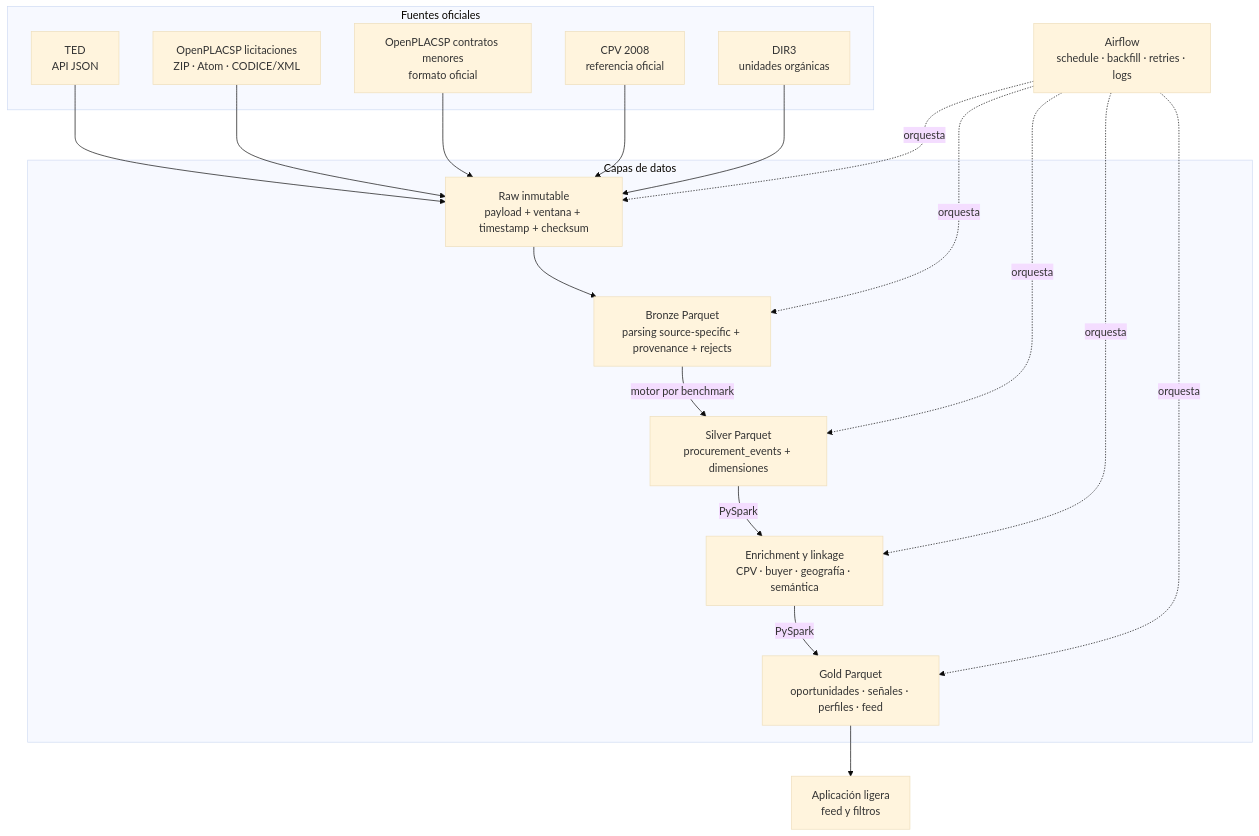
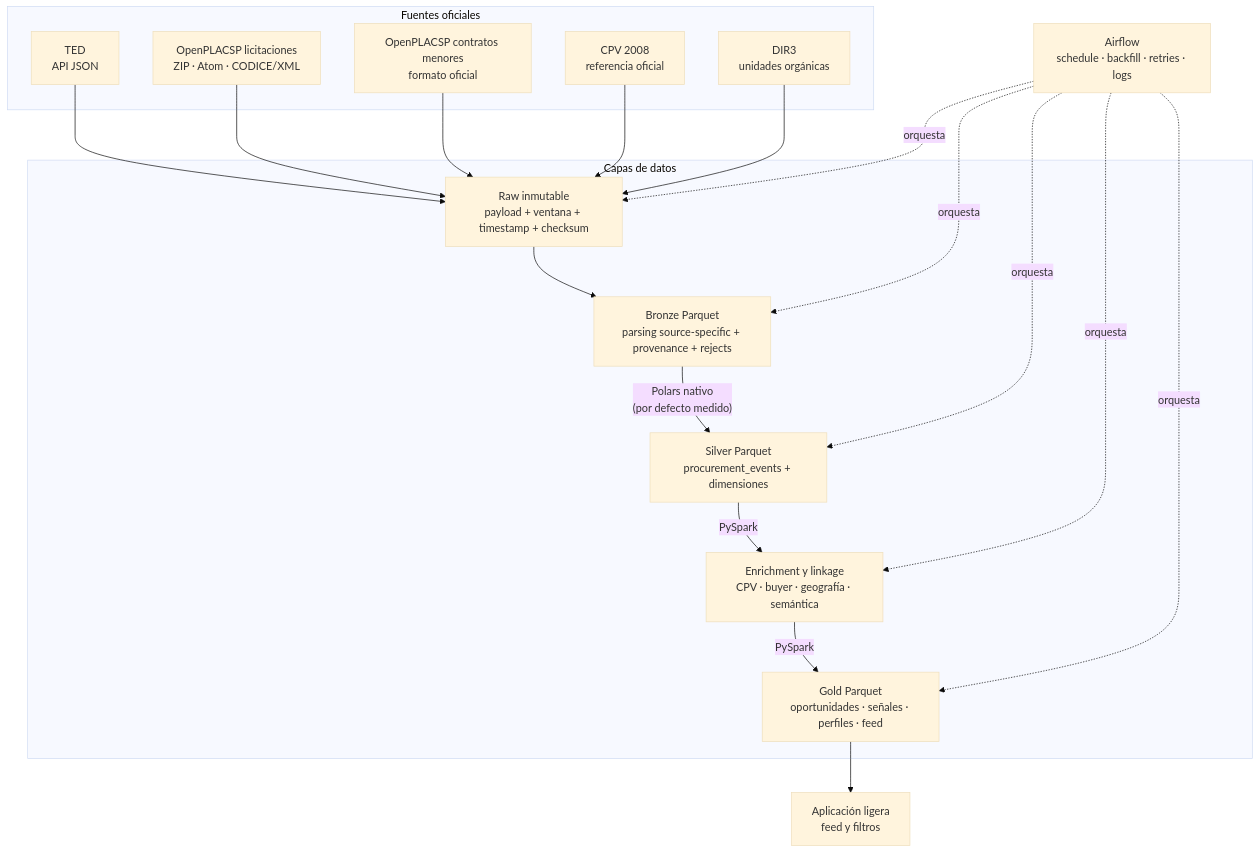
Before and after one commit to tomcrojo/tfm-licitaciones: the second of 2 diagrams in docs/architecture.md, drawn with Mermaid (base theme). The commit also changed other lines of this file and 8 other files, not shown here.

First line of the commit message:
feat: make native Polars the default canonical Silver engine

````diff
--- a/docs/architecture.md
+++ b/docs/architecture.md
@@ -55,36 +58,36 @@
 ```mermaid
 flowchart TB
     subgraph SOURCES["Fuentes oficiales"]
         TED2["TED<br/>API JSON"]
         PLI["OpenPLACSP licitaciones<br/>ZIP · Atom · CODICE/XML"]
         PCM["OpenPLACSP contratos menores<br/>formato oficial"]
         CPV["CPV 2008<br/>referencia oficial"]
         DIR3["DIR3<br/>unidades orgánicas"]
     end
 
     subgraph DATA["Capas de datos"]
         RAW2["Raw inmutable<br/>payload + ventana + timestamp + checksum"]
         BRONZE2["Bronze Parquet<br/>parsing source-specific + provenance + rejects"]
         SILVER2["Silver Parquet<br/>procurement_events + dimensiones"]
         ENRICH["Enrichment y linkage<br/>CPV · buyer · geografía · semántica"]
         GOLD2["Gold Parquet<br/>oportunidades · señales · perfiles · feed"]
     end
 
     TED2 --> RAW2
     PLI --> RAW2
     PCM --> RAW2
     CPV --> RAW2
     DIR3 --> RAW2
     RAW2 --> BRONZE2
-    BRONZE2 -->|"motor por benchmark"| SILVER2
+    BRONZE2 -->|"Polars nativo<br/>(por defecto medido)"| SILVER2
     SILVER2 -->|"PySpark"| ENRICH
     ENRICH -->|"PySpark"| GOLD2
 
     AIRFLOW["Airflow<br/>schedule · backfill · retries · logs"] -.->|orquesta| RAW2
     AIRFLOW -.->|orquesta| BRONZE2
     AIRFLOW -.->|orquesta| SILVER2
     AIRFLOW -.->|orquesta| ENRICH
     AIRFLOW -.->|orquesta| GOLD2
 
     GOLD2 --> APP["Aplicación ligera<br/>feed y filtros"]
 ```
````
